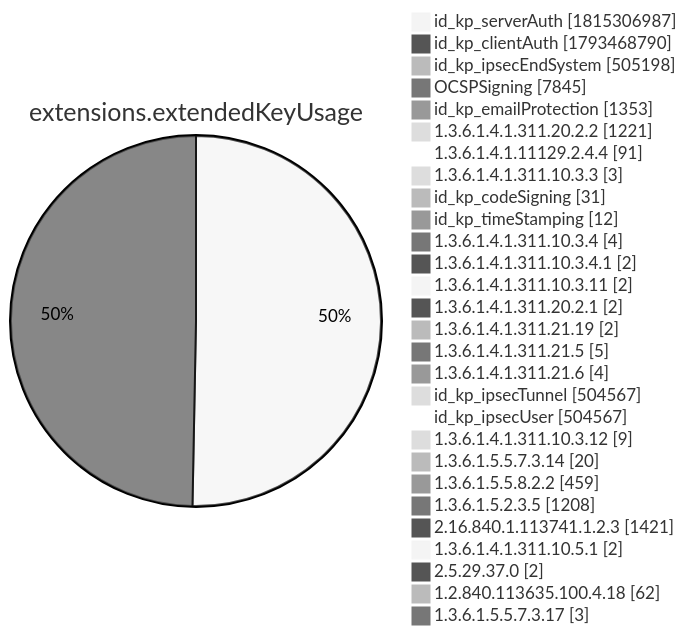
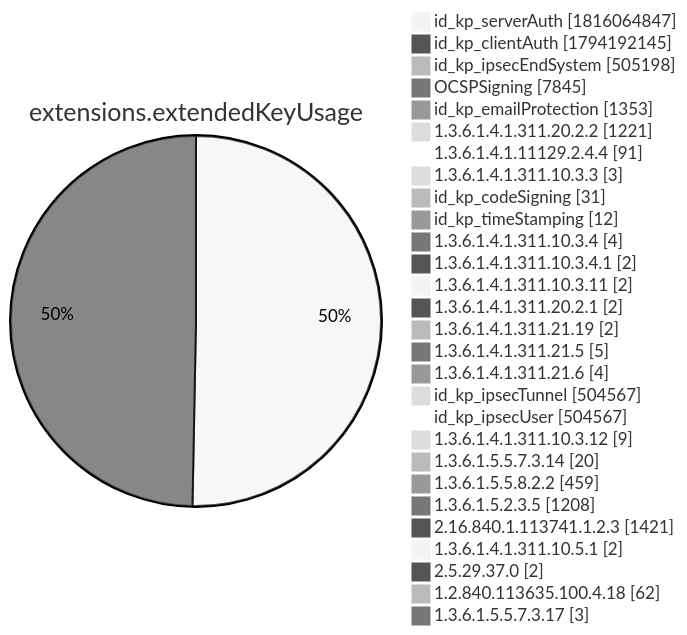
Diagram 12 of 15 in xenon2022/README.md (christiankrug/ctmonitor_visualization), drawn with Mermaid (neutral theme) before and after one commit. The commit also changed other lines of this file, not shown here.

````diff
--- a/xenon2022/README.md
+++ b/xenon2022/README.md
@@ -3895,32 +3895,32 @@
 ```mermaid
 pie showData
 title extensions.extendedKeyUsage
-"id_kp_serverAuth" :1815306987
-"id_kp_clientAuth" :1793468790
+"id_kp_serverAuth" :1816064847
+"id_kp_clientAuth" :1794192145
 "id_kp_ipsecEndSystem" :505198
 "OCSPSigning" :7845
 "id_kp_emailProtection" :1353
 "1.3.6.1.4.1.311.20.2.2" :1221
 "1.3.6.1.4.1.11129.2.4.4" :91
 "1.3.6.1.4.1.311.10.3.3" :3
 "id_kp_codeSigning" :31
 "id_kp_timeStamping" :12
 "1.3.6.1.4.1.311.10.3.4" :4
 "1.3.6.1.4.1.311.10.3.4.1" :2
 "1.3.6.1.4.1.311.10.3.11" :2
 "1.3.6.1.4.1.311.20.2.1" :2
 "1.3.6.1.4.1.311.21.19" :2
 "1.3.6.1.4.1.311.21.5" :5
 "1.3.6.1.4.1.311.21.6" :4
 "id_kp_ipsecTunnel" :504567
 "id_kp_ipsecUser" :504567
 "1.3.6.1.4.1.311.10.3.12" :9
 "1.3.6.1.5.5.7.3.14" :20
 "1.3.6.1.5.5.8.2.2" :459
 "1.3.6.1.5.2.3.5" :1208
 "2.16.840.1.113741.1.2.3" :1421
 "1.3.6.1.4.1.311.10.5.1" :2
 "2.5.29.37.0" :2
 "1.2.840.113635.100.4.18" :62
 "1.3.6.1.5.5.7.3.17" :3
 ```
````
